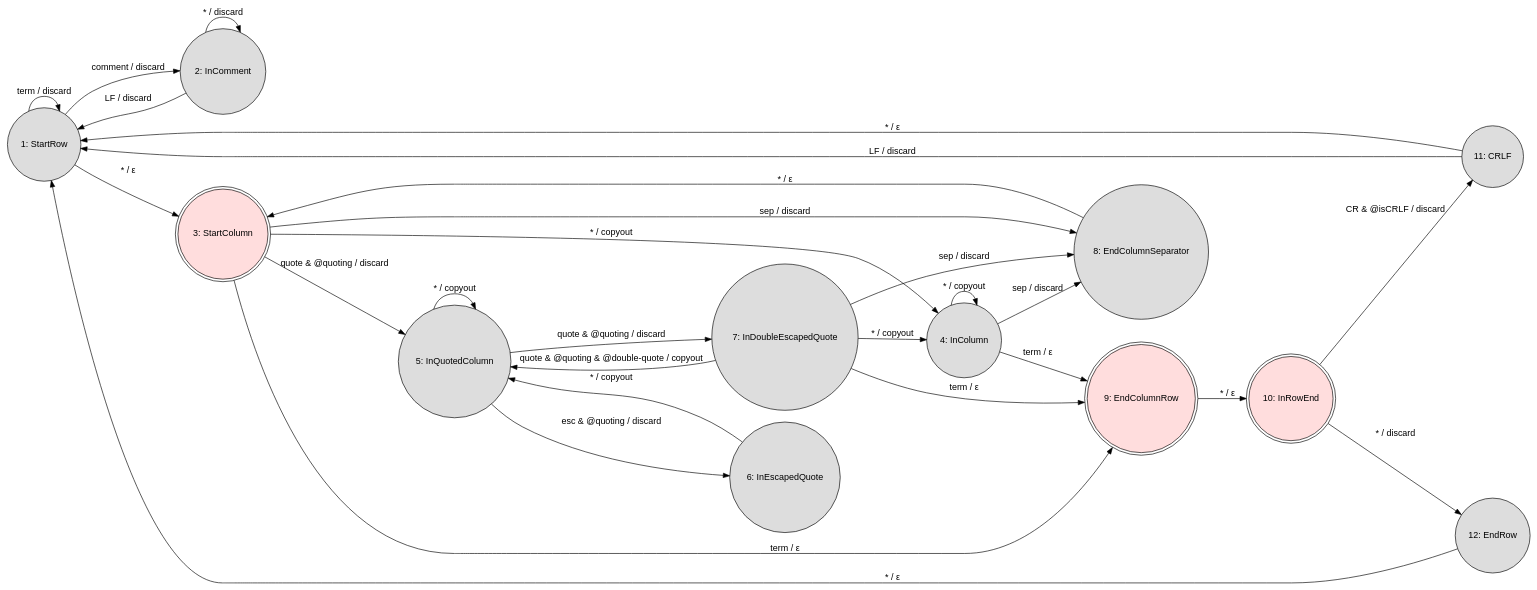
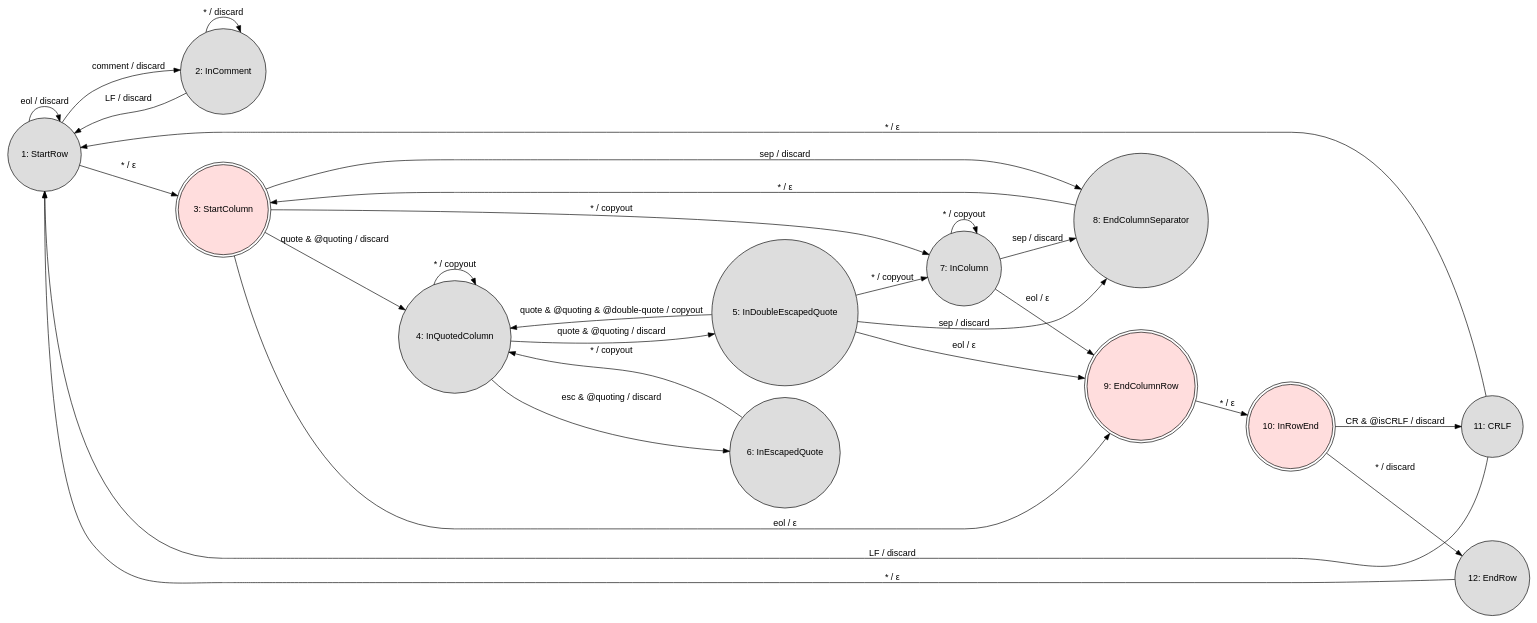
The diagram in diagram/csv.dot (shreeve/censive), drawn with Graphviz before and after one commit.

Commit message:
Cleanup terms in csv.dot

```diff
--- a/diagram/csv.dot
+++ b/diagram/csv.dot
@@ -1,59 +1,59 @@
 digraph finite_state_machine {
   fontname="Helvetica,Arial,sans-serif"
   node [fontname="Helvetica,Arial,sans-serif"]
   edge [fontname="Helvetica,Arial,sans-serif"]
   rankdir=LR;
   node [shape = circle, style=filled, fillcolor="#dddddd"];
 
   1  [label="1: StartRow"];
   2  [label="2: InComment"];
   3  [label="3: StartColumn", shape=doublecircle, fillcolor="#ffdddd"];
-  4  [label="4: InColumn"];
-  5  [label="5: InQuotedColumn"];
+  4  [label="4: InQuotedColumn"];
+  5  [label="5: InDoubleEscapedQuote"];
   6  [label="6: InEscapedQuote"];
-  7  [label="7: InDoubleEscapedQuote"];
+  7  [label="7: InColumn"];
   8  [label="8: EndColumnSeparator"];
   9  [label="9: EndColumnRow", shape=doublecircle, fillcolor="#ffdddd"];
   10 [label="10: InRowEnd", shape=doublecircle, fillcolor="#ffdddd"];
   11 [label="11: CRLF"];
   12 [label="12: EndRow"];
 
-  1  -> 1  [label="term / discard"];
+  1  -> 1  [label="eol / discard"];
   1  -> 2  [label="comment / discard"];
   1  -> 3  [label="* / ε"];
 
   2  -> 1  [label="LF / discard"];
   2  -> 2  [label="* / discard"];
 
-  3  -> 4  [label="* / copyout"];
-  3  -> 5  [label="quote & @quoting / discard"];
+  3  -> 4  [label="quote & @quoting / discard"];
+  3  -> 7  [label="* / copyout"];
   3  -> 8  [label="sep / discard"];
-  3  -> 9  [label="term / ε"]
+  3  -> 9  [label="eol / ε"]
 
   4  -> 4  [label="* / copyout"];
-  4  -> 8  [label="sep / discard"];
-  4  -> 9  [label="term / ε"]
+  4  -> 5  [label="quote & @quoting / discard"];
+  4  -> 6  [label="esc & @quoting / discard"];
 
-  5  -> 5  [label="* / copyout"];
-  5  -> 6  [label="esc & @quoting / discard"];
-  5  -> 7  [label="quote & @quoting / discard"];
+  5  -> 4  [label="quote & @quoting & @double-quote / copyout"];
+  5  -> 7  [label="* / copyout"];
+  5  -> 8  [label="sep / discard"];
+  5  -> 9  [label="eol / ε"]
 
-  6  -> 5  [label="* / copyout"];
+  6  -> 4  [label="* / copyout"];
 
-  7  -> 4  [label="* / copyout"];
-  7  -> 5  [label="quote & @quoting & @double-quote / copyout"];
+  7  -> 7  [label="* / copyout"];
   7  -> 8  [label="sep / discard"];
-  7  -> 9  [label="term / ε"]
+  7  -> 9  [label="eol / ε"]
 
   8  -> 3  [label="* / ε"];
 
   9  -> 10 [label="* / ε"];
 
   10 -> 11 [label="CR & @isCRLF / discard"];
   10 -> 12 [label="* / discard"];
 
   11 -> 1  [label="* / ε"];
   11 -> 1  [label="LF / discard"];
 
   12 -> 1  [label="* / ε"];
 }
```
